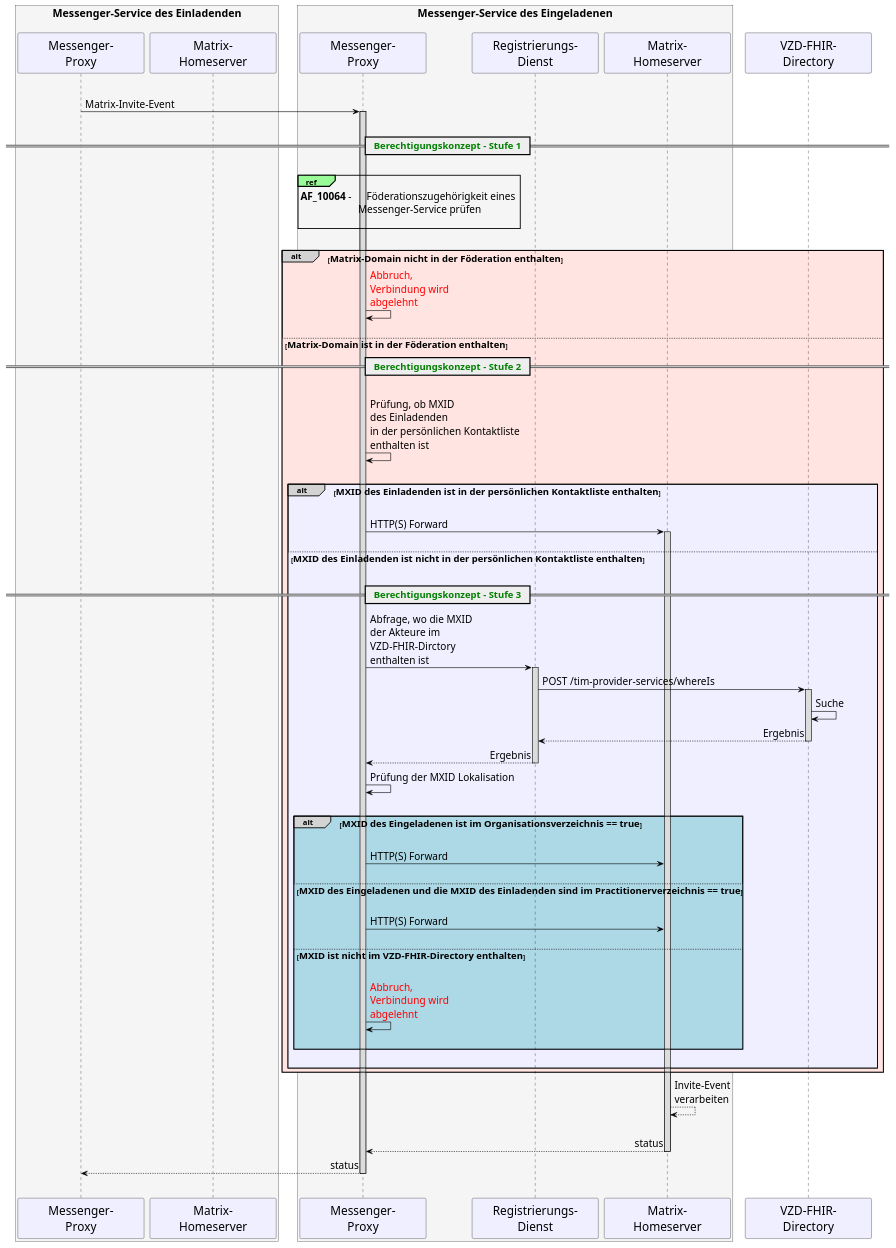
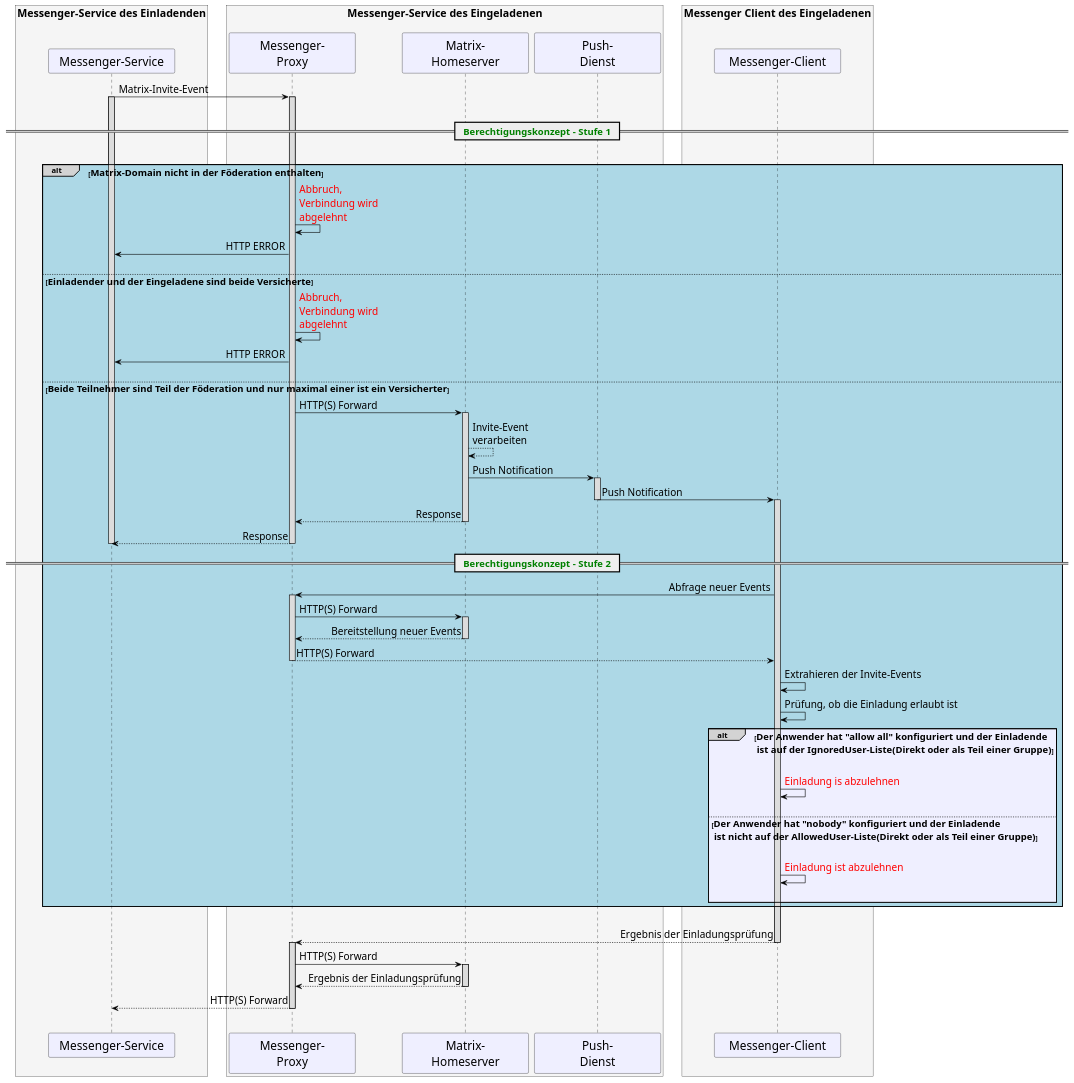
The diagram in src/plantuml/TI-Messenger-Dienst/Ressourcen/UC_Approvel_List_Seq_epa.puml (gematik/api-ti-messenger), drawn with PlantUML before and after one commit.

Commit message:
updated permission concept

```diff
--- a/src/plantuml/TI-Messenger-Dienst/Ressourcen/UC_Approvel_List_Seq_epa.puml
+++ b/src/plantuml/TI-Messenger-Dienst/Ressourcen/UC_Approvel_List_Seq_epa.puml
@@ -8,103 +8,103 @@
 @startuml
 skinparam sequenceMessageAlign direction
 skinparam minClassWidth 200
 skinparam BoxPadding 15
 skinparam sequenceReferenceHeaderBackgroundColor palegreen
 scale max 2048 width
 
 skinparam sequence {
   ArrowColor black
   ArrowFontSize 17
   ActorBorderColor black
   LifeLineBorderColor black
   LifeLineBackgroundColor Gainsboro
 
   ParticipantBorderColor Motivation
   ParticipantBackgroundColor Motivation
   ParticipantFontName Impact
   ParticipantFontSize 20
   ParticipantFontColor black
   ParticipantBorderColor Black
   ParticipantBackgroundColor MOTIVATION
 
   ActorBackgroundColor Gainsboro
   ActorFontColor black
   ActorFontSize 20
   ActorFontName Aapex
 }
 box <size:18>Messenger-Service des Einladenden\n #WhiteSmoke
-participant MP as "Messenger-\nProxy"
-participant MH as "Matrix-\nHomeserver"
+participant MS as "Messenger-Service"
 end box
 box <size:18>Messenger-Service des Eingeladenen\n #WhiteSmoke
 participant MP2 as "Messenger-\nProxy"
-participant RD2 as "Registrierungs-\nDienst"
 participant MH2 as "Matrix-\nHomeserver"
+participant PG as "Push-\nDienst"
 end box
-participant VZD as "VZD-FHIR-\nDirectory"
-
-|||
-MP->MP2:Matrix-Invite-Event
+box <size:18>Messenger Client des Eingeladenen\n #WhiteSmoke
+participant MC2 as "Messenger-Client"
+end box
+MS->MP2:Matrix-Invite-Event
 activate MP2
+activate MS
 |||
 == <font color=green><size:16>  Berechtigungskonzept - Stufe 1</size></font>  ==
 |||
-
-ref over MP2, MP2: <size:17>**AF_10064** - \tFöderationszugehörigkeit eines \n<size:17> \tMessenger-Service prüfen</size>\n
-|||
-alt#LightGrey #MISTYROSE <size:16>Matrix-Domain nicht in der Föderation enthalten</size>
+alt#LightGrey #LightBlue <size:16>Matrix-Domain nicht in der Föderation enthalten</size>
   MP2->MP2:<font color=red>Abbruch, \n<font color=red>Verbindung wird \n<font color=red>abgelehnt</font>
-  |||
-else <size:16>Matrix-Domain ist in der Föderation enthalten</size>
-
-  == <font color=green><size:16>  Berechtigungskonzept - Stufe 2</size></font>  ==
-
-  MP2->MP2: \nPrüfung, ob MXID \ndes Einladenden \nin der persönlichen Kontaktliste \nenthalten ist
+  MP2->MS: HTTP ERROR
   |||
 
-  alt#LightGrey #MOTIVATION <size:16>MXID des Einladenden ist in der persönlichen Kontaktliste enthalten</size>
+else  <size:16>Einladender und der Eingeladene sind beide Versicherte</size>
+  MP2->MP2:<font color=red>Abbruch, \n<font color=red>Verbindung wird \n<font color=red>abgelehnt</font>
+  MP2->MS: HTTP ERROR
+  |||
+
+else  <size:16>Beide Teilnehmer sind Teil der Föderation und nur maximal einer ist ein Versicherter</size>
+  MP2->MH2: HTTP(S) Forward
+  activate MH2
+  MH2-->MH2: Invite-Event \nverarbeiten
+  MH2->PG++: Push Notification
+  PG->MC2--: Push Notification
+  activate MC2
+  MH2-->MP2: Response
+  deactivate MH2
+  MP2-->MS: Response
+  deactivate MP2
+  deactivate MS
+
+== <font color=green><size:16>  Berechtigungskonzept - Stufe 2</size></font>  ==
+  MC2->MP2: Abfrage neuer Events
+  activate MP2
+  MP2->MH2: HTTP(S) Forward
+  activate MH2
+  MH2-->MP2: Bereitstellung neuer Events
+  deactivate MH2
+  MP2-->MC2: HTTP(S) Forward
+  deactivate MP2
+
+  MC2->MC2: Extrahieren der Invite-Events
+  MC2->MC2: Prüfung, ob die Einladung erlaubt ist
+
+  alt#LightGrey #MOTIVATION <size:16>Der Anwender hat "allow all" konfiguriert und der Einladende\n<size:16> ist auf der IgnoredUser-Liste(Direkt oder als Teil einer Gruppe)</size>
     |||
-    MP2->MH2: HTTP(S) Forward
-    activate MH2
+    MC2->MC2:<font color=red>Einladung is abzulehnen</font>
     |||
-  else <size:16>MXID des Einladenden ist nicht in der persönlichen Kontaktliste enthalten</size>
+  else <size:16>Der Anwender hat "nobody" konfiguriert und der Einladende\n<size:16> ist nicht auf der AllowedUser-Liste(Direkt oder als Teil einer Gruppe)</size>
     |||
-    == <font color=green><size:16>  Berechtigungskonzept - Stufe 3</size></font>  ==
-    MP2->RD2: Abfrage, wo die MXID \nder Akteure im \nVZD-FHIR-Dirctory \nenthalten ist
-    activate RD2
-    RD2->VZD: POST /tim-provider-services/whereIs
-    activate VZD
-    VZD->VZD: Suche
-    VZD-->RD2: Ergebnis
-    deactivate VZD
-
-    RD2-->MP2: Ergebnis
-    deactivate RD2
-    MP2->MP2: Prüfung der MXID Lokalisation
-    |||
-    alt#LightGrey #LightBlue <size:16>MXID des Eingeladenen ist im Organisationsverzeichnis == true</size>
-      |||
-      MP2->MH2: HTTP(S) Forward
-      |||
-    else <size:16>MXID des Eingeladenen und die MXID des Einladenden sind im Practitionerverzeichnis == true</size>
-      |||
-      MP2->MH2: HTTP(S) Forward
-      |||
-    else <size:16>MXID ist nicht im VZD-FHIR-Directory enthalten</size>
-      |||
-      MP2->MP2: <font color=red>Abbruch, \n<font color=red>Verbindung wird \n<font color=red>abgelehnt</font>
-      |||
-    end
+    MC2->MC2:<font color=red>Einladung ist abzulehnen</font>
     |||
   end
 end
-MH2-->MH2: Invite-Event \nverarbeiten
-|||
-MH2-->MP2: status
-deactivate MH2
-MP2-->MP: status
-deactivate MP2
-deactivate MP
 
 |||
+MC2-->MP2: Ergebnis der Einladungsprüfung
+deactivate MC2
+activate MP2
+MP2->MH2: HTTP(S) Forward
+activate MH2
+MH2-->MP2: Ergebnis der Einladungsprüfung
+deactivate MH2
+MP2-->MS: HTTP(S) Forward
+deactivate MP2
+|||
 @enduml
```
